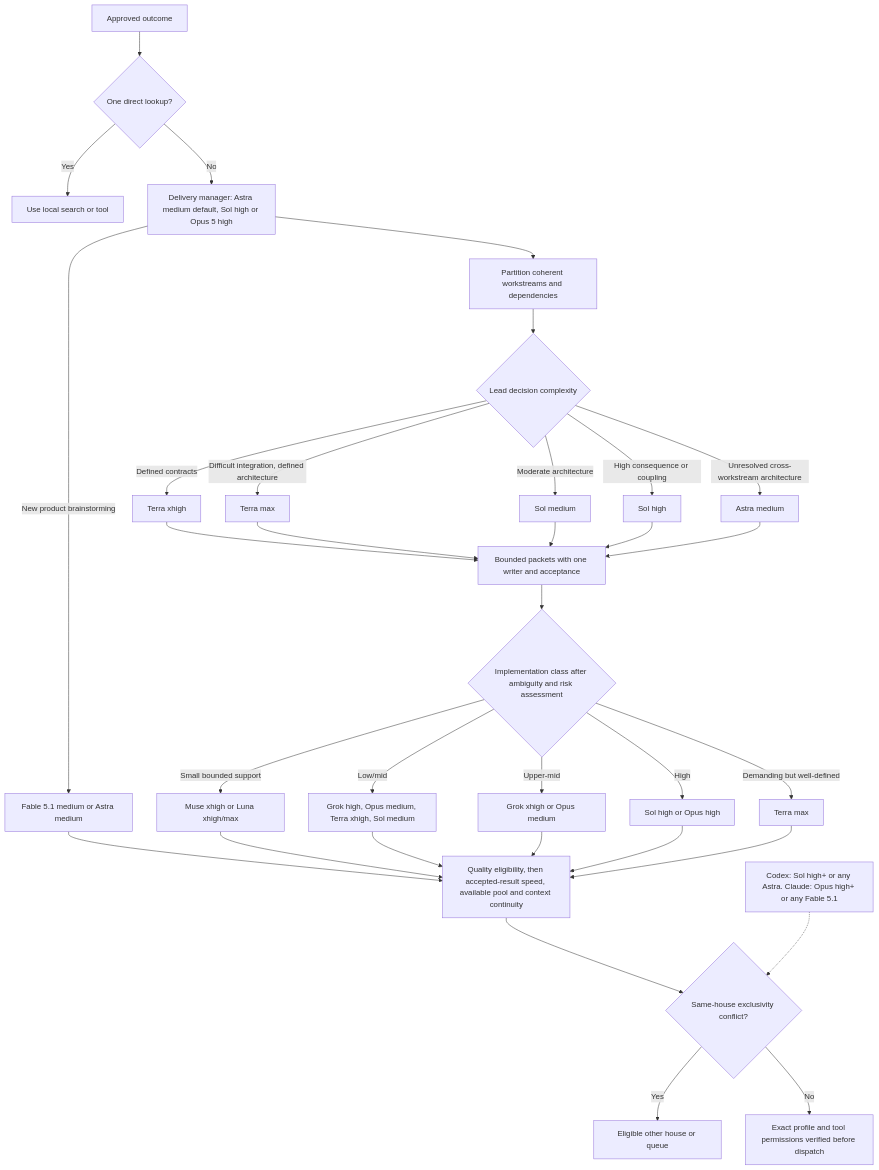
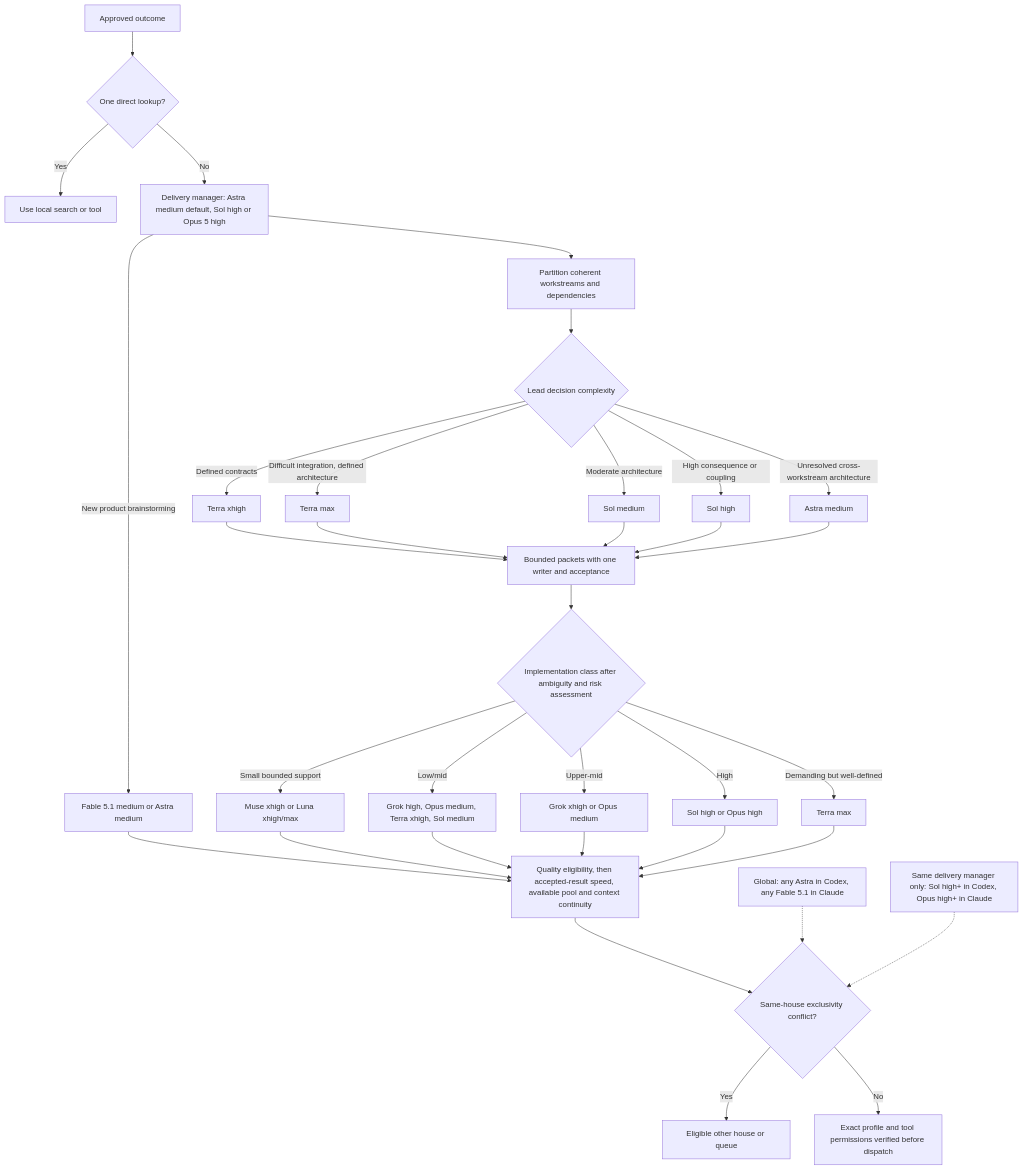
The first of 6 diagrams in docs/interchange-decisions.md (rodrigolmiranda/agent-skills), drawn with Mermaid before and after one commit. The commit also changed other lines of this file and 6 other files, not shown here.

````diff
--- a/docs/interchange-decisions.md
+++ b/docs/interchange-decisions.md
@@ -7,27 +7,28 @@
 ```mermaid
 flowchart TD
   A[Approved outcome] --> B{One direct lookup?}
   B -->|Yes| C[Use local search or tool]
   B -->|No| D[Delivery manager: Astra medium default, Sol high or Opus 5 high]
   D --> E[Partition coherent workstreams and dependencies]
   D -->|New product brainstorming| W[Fable 5.1 medium or Astra medium]
   W --> R
   E --> F{Lead decision complexity}
   F -->|Defined contracts| G[Terra xhigh]
   F -->|Difficult integration, defined architecture| H[Terra max]
   F -->|Moderate architecture| I[Sol medium]
   F -->|High consequence or coupling| J[Sol high]
   F -->|Unresolved cross-workstream architecture| K[Astra medium]
   G & H & I & J & K --> L[Bounded packets with one writer and acceptance]
   L --> M{Implementation class after ambiguity and risk assessment}
   M -->|Small bounded support| N[Muse xhigh or Luna xhigh/max]
   M -->|Low/mid| O[Grok high, Opus medium, Terra xhigh, Sol medium]
   M -->|Upper-mid| P[Grok xhigh or Opus medium]
   M -->|High| Q[Sol high or Opus high]
   M -->|Demanding but well-defined| T[Terra max]
   N & O & P & Q & T --> R[Quality eligibility, then accepted-result speed, available pool and context continuity]
   R --> U{Same-house exclusivity conflict?}
-  X[Codex: Sol high+ or any Astra. Claude: Opus high+ or any Fable 5.1] -.-> U
+  X[Global: any Astra in Codex, any Fable 5.1 in Claude] -.-> U
+  Y[Same delivery manager only: Sol high+ in Codex, Opus high+ in Claude] -.-> U
   U -->|Yes| V[Eligible other house or queue]
   U -->|No| S[Exact profile and tool permissions verified before dispatch]
 ```
````
